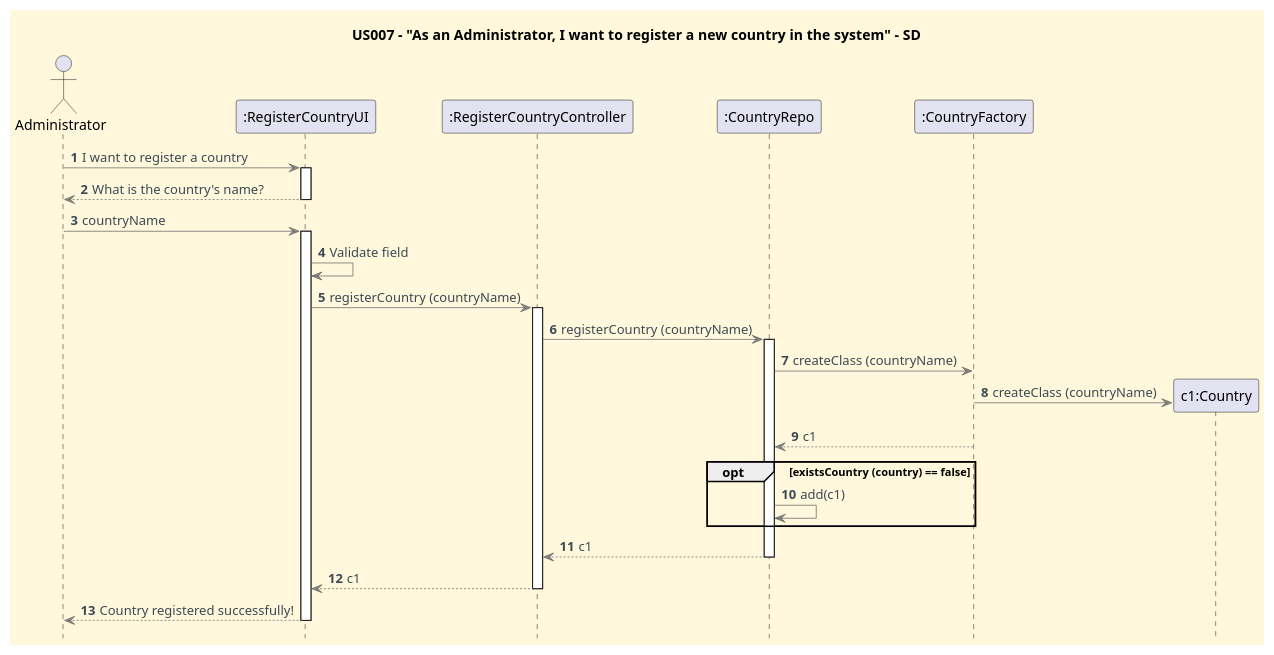
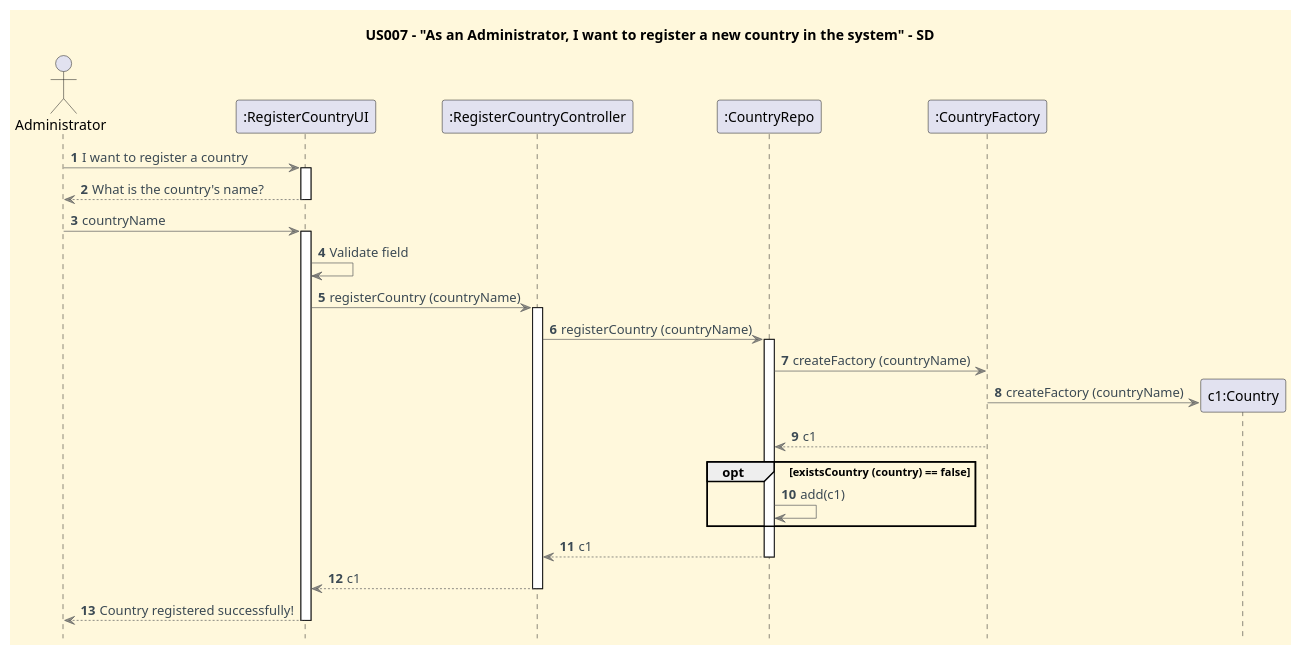
Before and after one commit to CarolinaLeite-collab/JavaMarketplacePlatform: the diagram in docs/userStories/US007/US007_register_a_country_SD.puml, drawn with PlantUML. The commit also changed 7 other files, not shown here.

Commit message:
Propagate CountryFactory create method rename across domain, tests, and US007 diagrams. Refs #288

```diff
--- a/docs/userStories/US007/US007_register_a_country_SD.puml
+++ b/docs/userStories/US007/US007_register_a_country_SD.puml
@@ -1,59 +1,59 @@
 @startuml
 '==== Title ====
 title US007 - "As an Administrator, I want to register a new country in the system" - SD
 
 '==== basic style ====
 skinparam monochrome false
 
 skinparam defaultFontName Futura
 skinparam objectFontSize 20
 skinparam backgroundColor CornSilk
 skinparam objectBackgroundColor WhiteSmoke
 skinparam noteBackgroundColor #FFFFE0
 skinparam ArrowFontColor #3B4953
 skinparam ArrowColor #57595BAA
 
 hidefootbox
 autonumber
 autoactivate off
 
 ' ==== Actor and participants ====
 actor Administrator as ADM
 participant ":RegisterCountryUI" as UI
 participant ":RegisterCountryController" as CTL
 participant ":CountryRepo" as CR
 participant ":CountryFactory" as FACTORY
 
 
 '==== UI interaction ====
 ADM -> UI: I want to register a country
 activate UI
 UI --> ADM: What is the country's name?
 deactivate UI
 ADM -> UI: countryName
 activate UI
 UI -> UI: Validate field
 
 
 '==== Use case execution ====
 UI -> CTL: registerCountry (countryName)
 activate CTL
 CTL -> CR: registerCountry (countryName)
 activate CR
 
-CR -> FACTORY: createClass (countryName)
+CR -> FACTORY: createFactory (countryName)
 create "c1:Country"
-FACTORY -> "c1:Country": createClass (countryName)
+FACTORY -> "c1:Country": createFactory (countryName)
 FACTORY --> CR :c1
 
 opt existsCountry (country) == false
         CR -> CR: add(c1)
 end
 
 CR --> CTL: c1
 deactivate CR
 CTL --> UI: c1
 deactivate CTL
 UI --> ADM : Country registered successfully!
 deactivate UI
 @enduml
```
